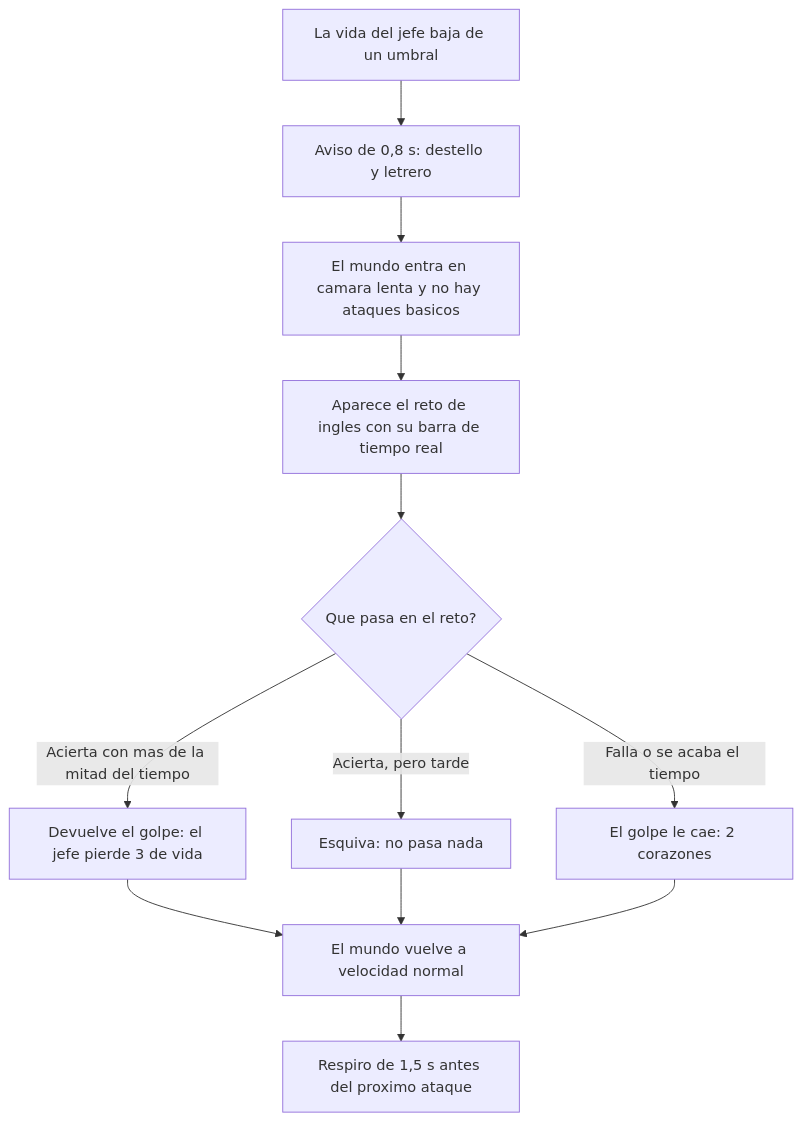
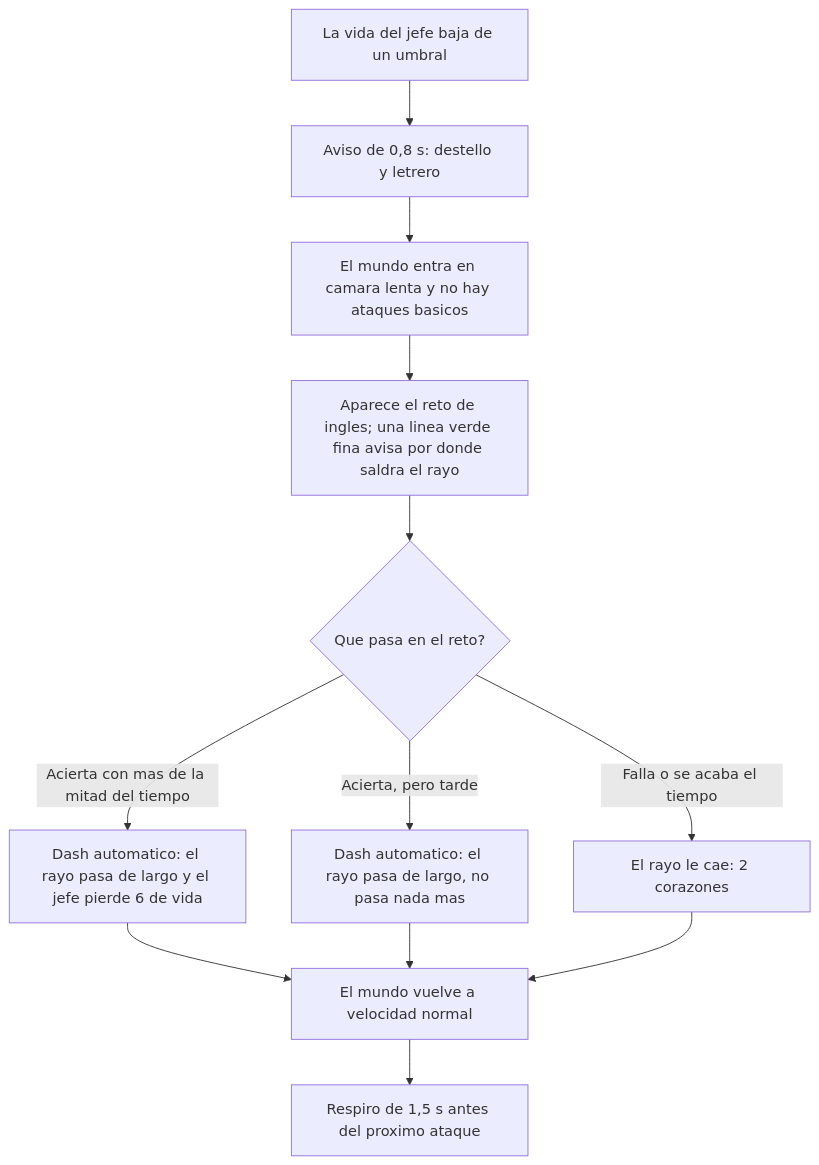
One commit to liusamfung/fuga-del-real-felipe changed the diagram in docs/mecanicas.md. Above: the diagram before and after it, drawn with Mermaid. The commit also changed other lines of this file and 20 other files, not shown here.

````diff
--- a/docs/mecanicas.md
+++ b/docs/mecanicas.md
@@ -296,14 +320,14 @@
 ```mermaid
 flowchart TD
     A[La vida del jefe baja de un umbral] --> B[Aviso de 0,8 s: destello y letrero]
     B --> C[El mundo entra en camara lenta y no hay ataques basicos]
-    C --> D[Aparece el reto de ingles con su barra de tiempo real]
+    C --> D[Aparece el reto de ingles; una linea verde fina avisa por donde saldra el rayo]
     D --> E{Que pasa en el reto?}
-    E -->|Acierta con mas de la mitad del tiempo| F[Devuelve el golpe: el jefe pierde 3 de vida]
-    E -->|Acierta, pero tarde| G[Esquiva: no pasa nada]
-    E -->|Falla o se acaba el tiempo| H[El golpe le cae: 2 corazones]
+    E -->|Acierta con mas de la mitad del tiempo| F[Dash automatico: el rayo pasa de largo y el jefe pierde 6 de vida]
+    E -->|Acierta, pero tarde| G[Dash automatico: el rayo pasa de largo, no pasa nada mas]
+    E -->|Falla o se acaba el tiempo| H[El rayo le cae: 2 corazones]
     F --> I[El mundo vuelve a velocidad normal]
     G --> I
     H --> I
     I --> J[Respiro de 1,5 s antes del proximo ataque]
 ```
````
